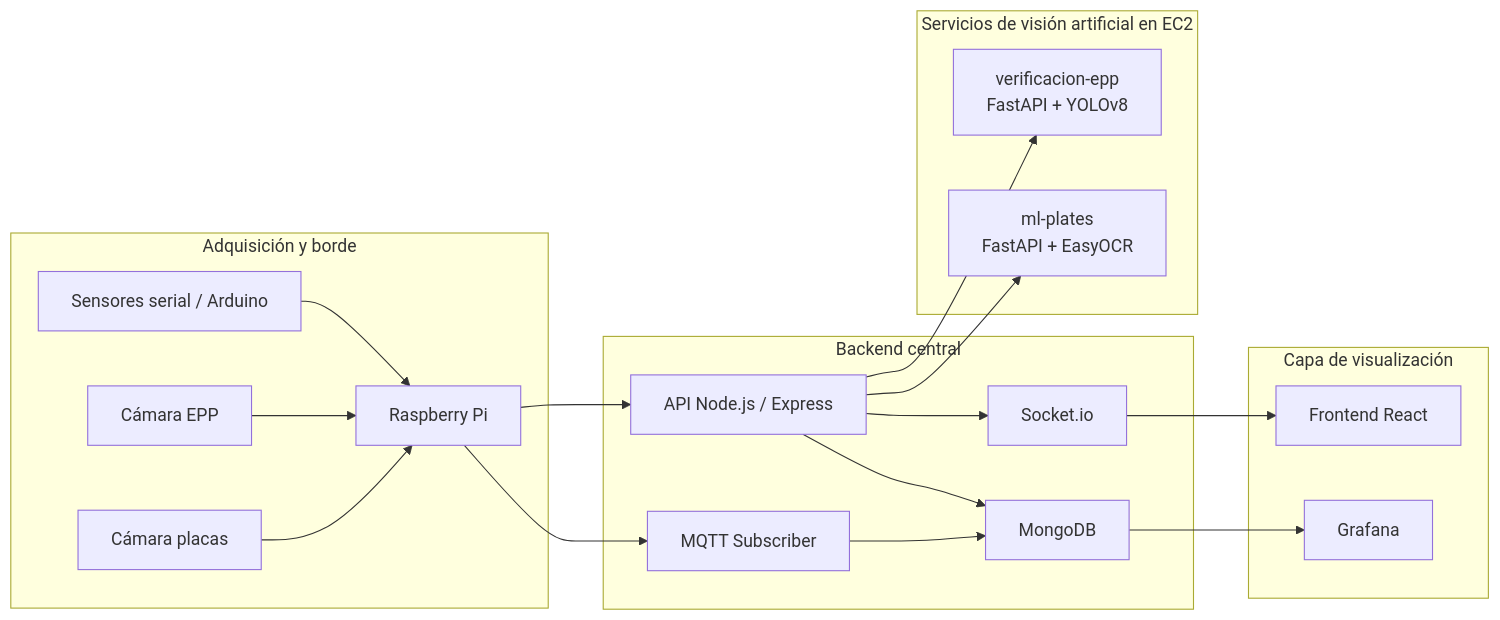
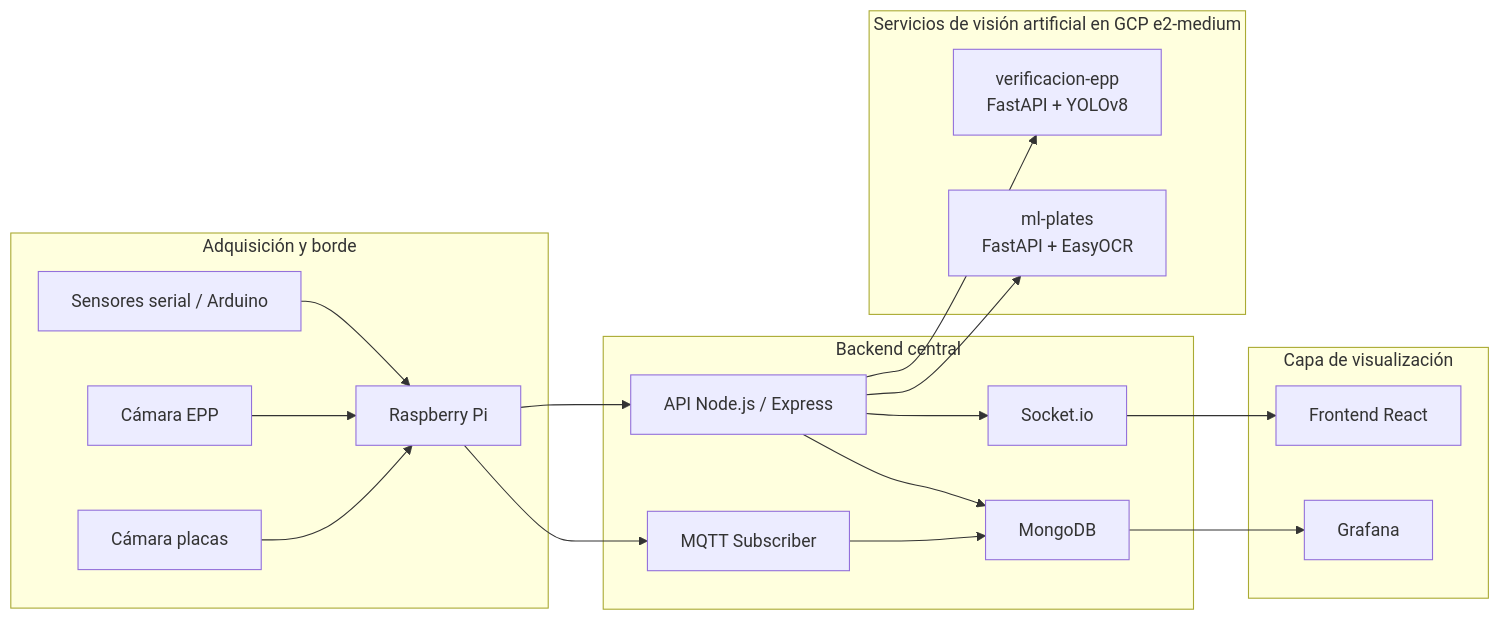
One commit to hugoarana89/Arqui2_Fase2 changed the first of 3 diagrams in Fase3/Documentacion/Manual_Tecnico.md. Above: the diagram before and after it, drawn with Mermaid. The commit also changed other lines of this file, not shown here.

Commit message:
feat: update technical manual to reflect deployment changes from EC2 to GCP e2-medium for AI services

````diff
--- a/Fase3/Documentacion/Manual_Tecnico.md
+++ b/Fase3/Documentacion/Manual_Tecnico.md
@@ -13,39 +13,39 @@
 ```mermaid
 flowchart LR
 	subgraph Sensores_y_Raspberry[Adquisición y borde]
 		A1[Sensores serial / Arduino]
 		A2[Raspberry Pi]
 		A3[Cámara EPP]
 		A4[Cámara placas]
 	end
 
 	subgraph Backend[Backend central]
 		B1[API Node.js / Express]
 		B2[MQTT Subscriber]
 		B3[Socket.io]
 		B4[MongoDB]
 	end
 
-	subgraph IA[Servicios de visión artificial en EC2]
+	subgraph IA[Servicios de visión artificial en GCP e2-medium]
 		C1[verificacion-epp\nFastAPI + YOLOv8]
 		C2[ml-plates\nFastAPI + EasyOCR]
 	end
 
 	subgraph Visualizacion[Capa de visualización]
 		D1[Frontend React]
 		D2[Grafana]
 	end
 
 	A1 --> A2
 	A3 --> A2
 	A4 --> A2
 	A2 --> B1
 	A2 --> B2
 	B1 --> C1
 	B1 --> C2
 	B1 --> B4
 	B2 --> B4
 	B3 --> D1
 	B4 --> D2
 	B1 --> B3
 ```
````
